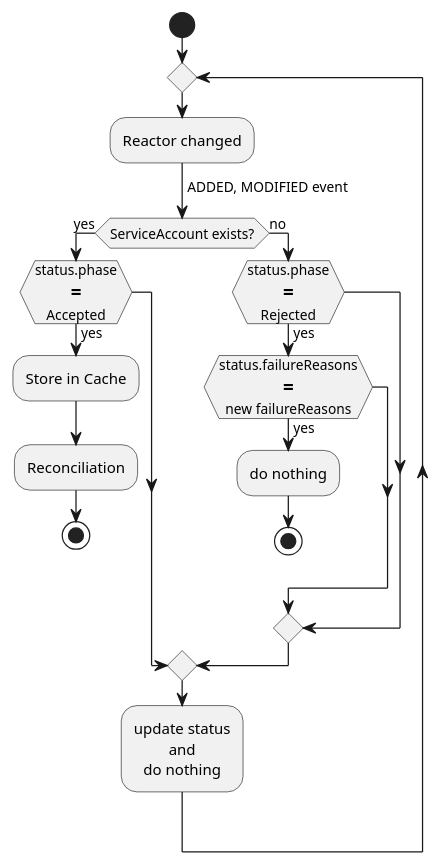
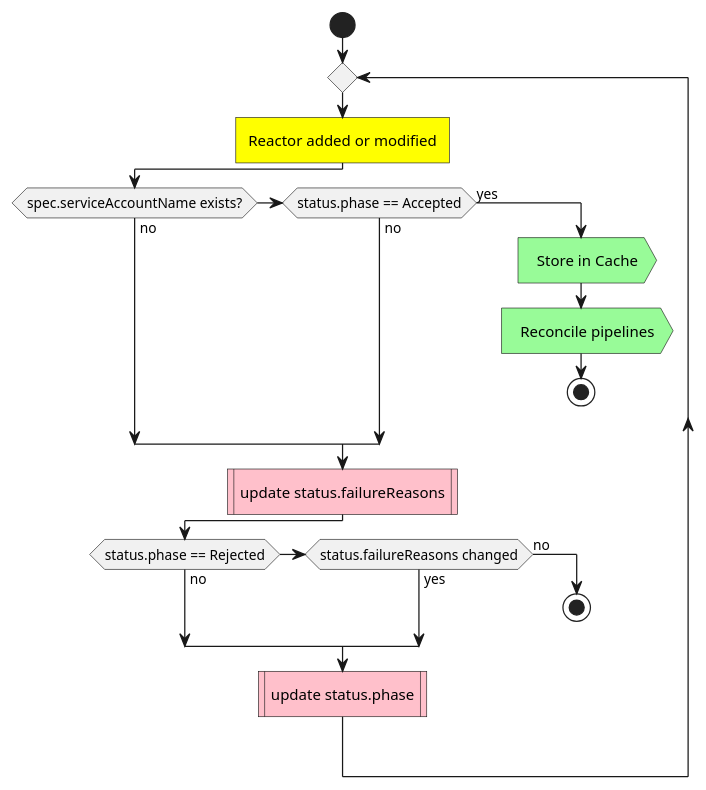
Before and after one commit to link-society/kubirds-website: the diagram in assets/diagrams/admission_workflow_reactor.puml, drawn with PlantUML. The commit also changed 7 other files, not shown here.

Commit message:
:memo: update activity diagrams

```diff
--- a/assets/diagrams/admission_workflow_reactor.puml
+++ b/assets/diagrams/admission_workflow_reactor.puml
@@ -1,26 +1,22 @@
 @startuml ../../static/img/docs/workflows/reactor-admission
 skinparam defaultTextAlignment center
 
 start
 
 repeat
-  :Reactor changed;
-  ->ADDED, MODIFIED event;
-  if (ServiceAccount exists?) then (yes)
-    if (status.phase\n==\nAccepted) then (yes)
-      :Store in Cache;
-      :Reconciliation;
-      stop
-    endif
+  #yellow:Reactor added or modified]
+  if (spec.serviceAccountName exists?) then (no)
+  elseif (status.phase == Accepted) then (no)
+  else (yes)
+    #palegreen:Store in Cache>
+    #palegreen:Reconcile pipelines>
+    stop
+  endif
+  #pink:update status.failureReasons|
+  if (status.phase == Rejected) then (no)
+  elseif (status.failureReasons changed) then (yes)
   else (no)
-    if (status.phase\n==\nRejected) then (yes)
-      if (status.failureReasons\n==\nnew failureReasons) then (yes)
-        :do nothing;
-        stop
-      endif
-    endif
+    stop
   endif
-  :update status\nand\ndo nothing;
-
-
+  #pink:update status.phase|
 @enduml
```
